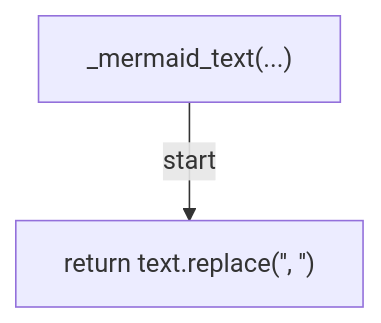
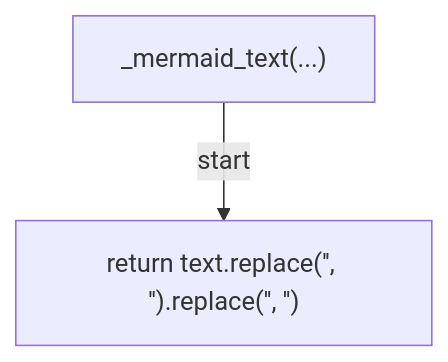
The second of 20 diagrams in docs/generated/scripts/ast/script_ast_graph.md (tvna/claude-md), drawn with Mermaid before and after one commit. The commit also changed other lines of this file and 23 other files, not shown here.

First line of the commit message:
docs(generated): regenerate decision tree and workflow diagrams (batch 4/5)

````diff
--- a/docs/generated/scripts/ast/script_ast_graph.md
+++ b/docs/generated/scripts/ast/script_ast_graph.md
@@ -22,6 +22,6 @@
 ```mermaid
 flowchart TD
     N001["_mermaid_text(...)"]
-    N002["return text.replace('<str>', '<str>')"]
+    N002["return text.replace('<str>', '<str>').replace('<str>', '<str>')"]
     N001 -->|"start"| N002
 ```
````
